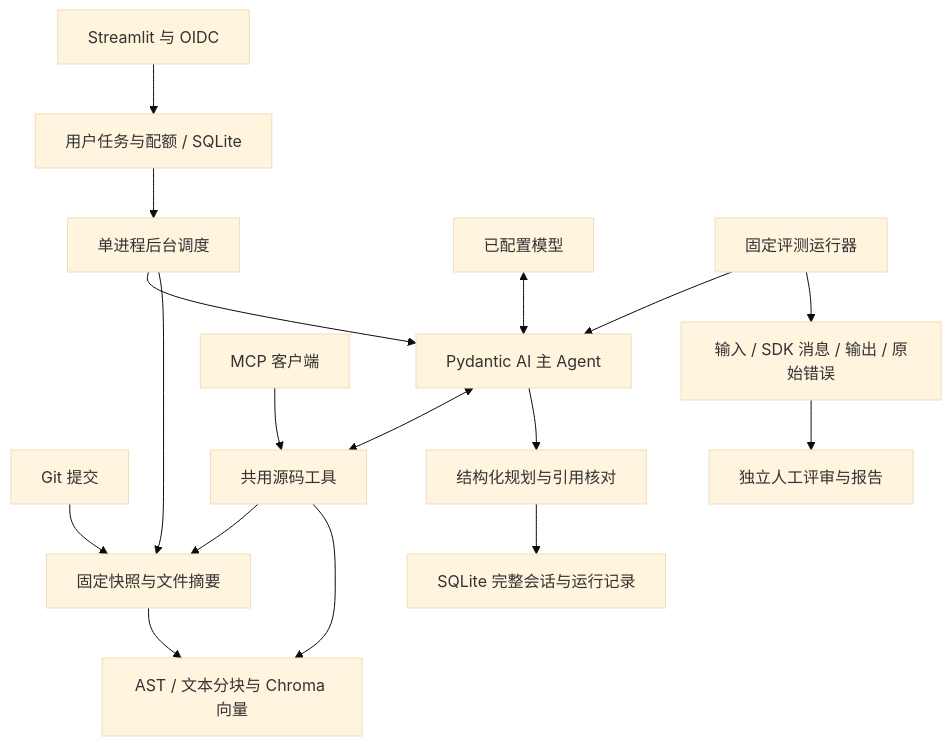
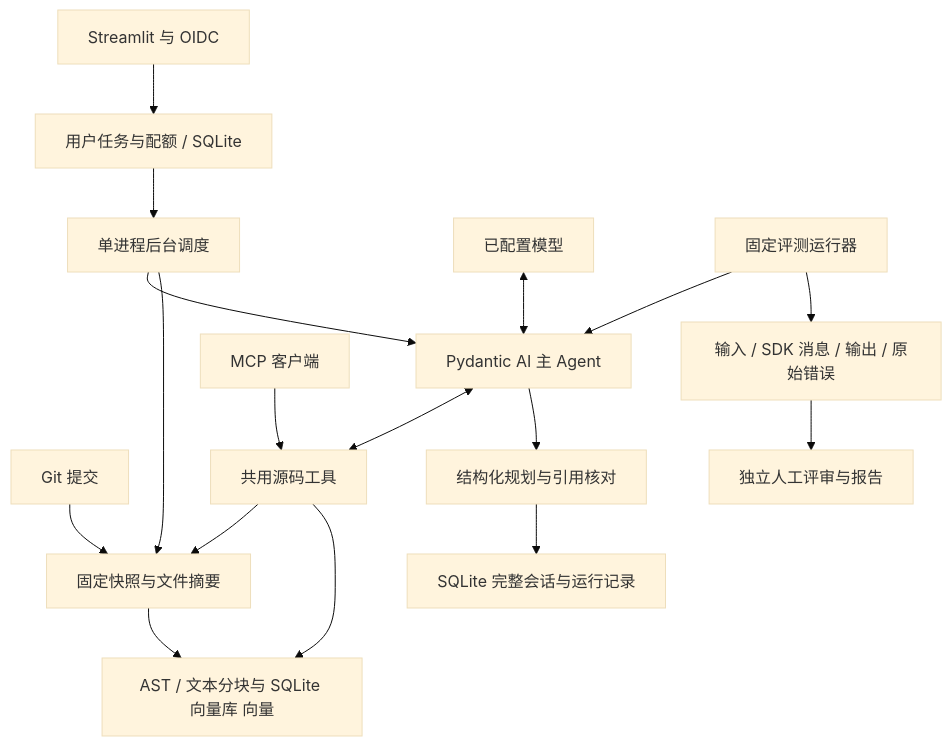
The diagram in docs/ARCHITECTURE.md (xyma2003/codebase-qa), drawn with Mermaid (base theme) before and after one commit. The commit also changed 25 other files, not shown here.

Commit message:
security: replace Chroma runtime with verified SQLite vector storage

````diff
--- a/docs/ARCHITECTURE.md
+++ b/docs/ARCHITECTURE.md
@@ -5,19 +5,19 @@
 ```mermaid
 flowchart TD
   Git[Git 提交] --> Snapshot[固定快照与文件摘要]
-  Snapshot --> Index[AST / 文本分块与 Chroma 向量]
+  Snapshot --> Index[AST / 文本分块与 SQLite 向量库 向量]
   UI[Streamlit 与 OIDC] --> Queue[用户任务与配额 / SQLite]
   Queue --> Worker[单进程后台调度]
   Worker --> Agent[Pydantic AI 主 Agent]
   Worker --> Snapshot
   Model[已配置模型] <--> Agent
   MCP[MCP 客户端] --> Tools[共用源码工具]
   Agent <--> Tools
   Tools --> Snapshot
   Tools --> Index
   Agent --> Check[结构化规划与引用核对]
   Check --> Chat[SQLite 完整会话与运行记录]
   Eval[固定评测运行器] --> Agent
   Eval --> Archive[输入 / SDK 消息 / 输出 / 原始错误]
   Archive --> Review[独立人工评审与报告]
 ```
````
